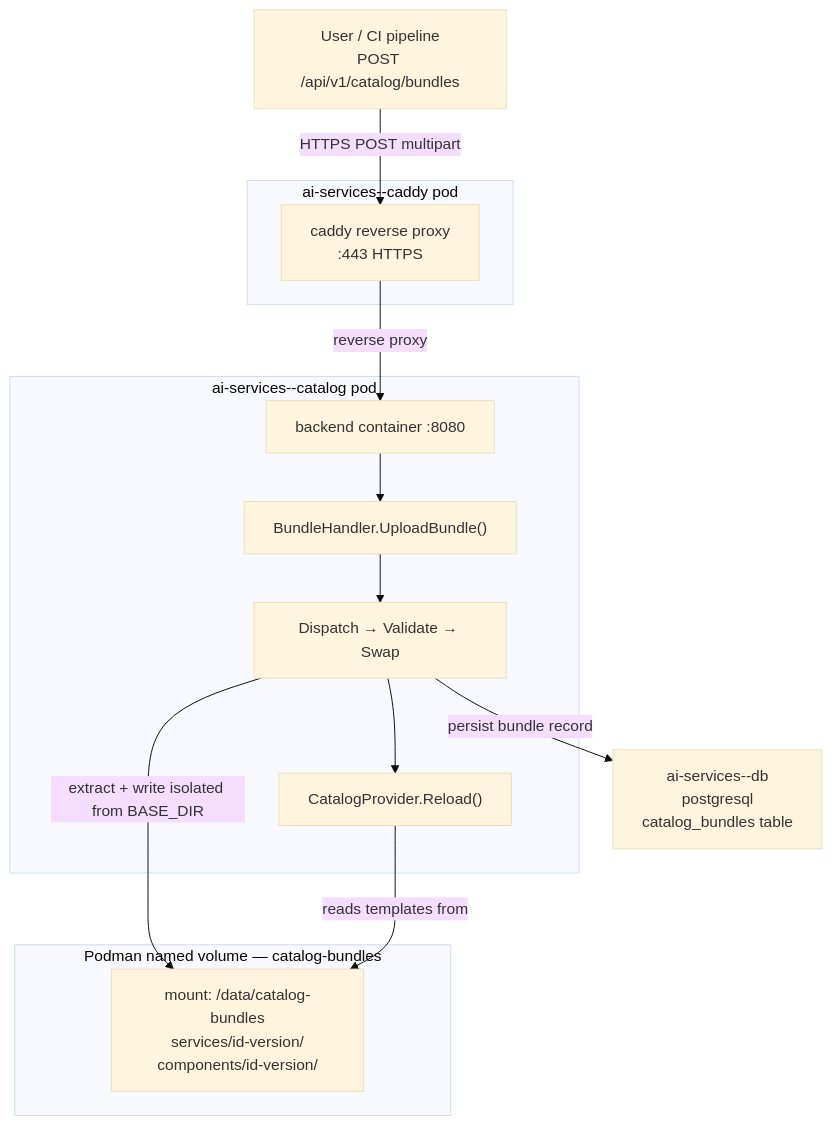
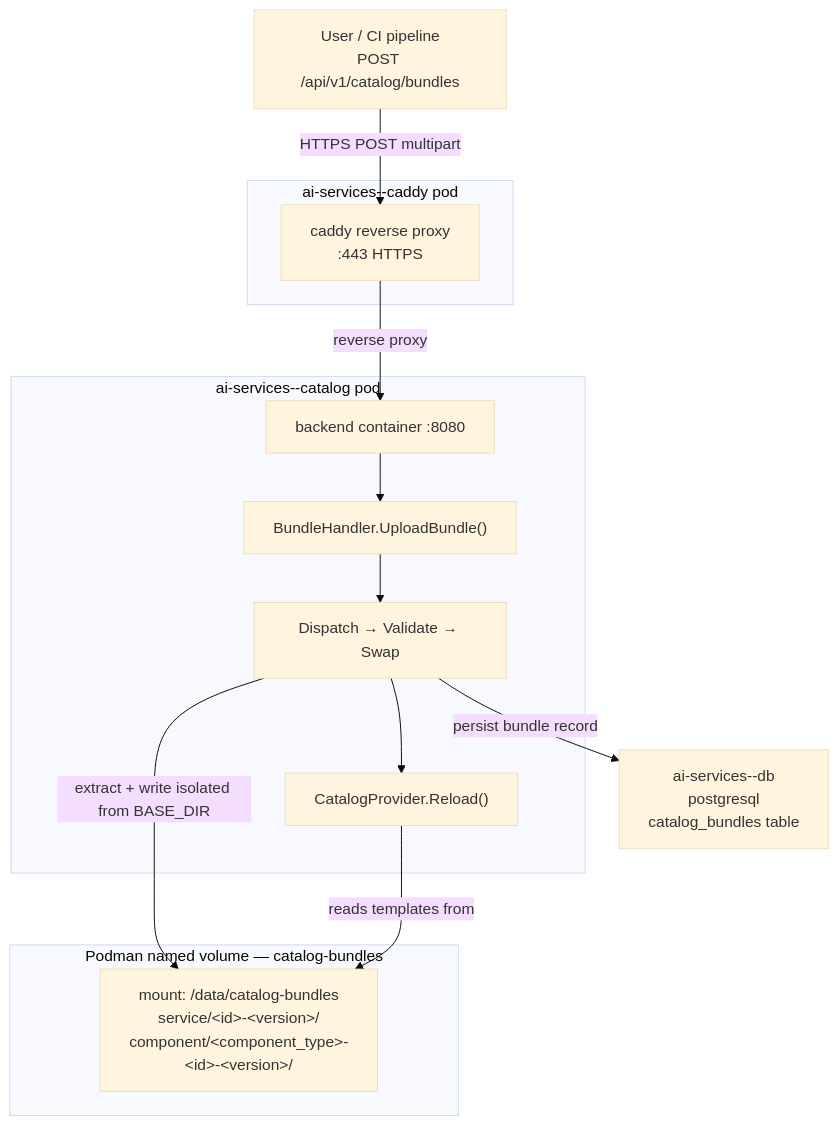
One commit to mayuka-c/project-ai-services changed the fourth of 5 diagrams in ai-services/proposal.md. Above: the diagram before and after it, drawn with Mermaid (base theme). The commit also changed other lines of this file and 8 other files, not shown here.

````diff
--- a/ai-services/proposal.md
+++ b/ai-services/proposal.md
@@ -747,29 +866,29 @@
 ```mermaid
 flowchart TD
     USER["User / CI pipeline<br/>POST /api/v1/catalog/bundles"]
 
     subgraph CADDY_POD["ai-services--caddy pod"]
         PROXY["caddy reverse proxy<br/>:443 HTTPS"]
     end
 
     subgraph CAT_POD["ai-services--catalog pod"]
         BE["backend container :8080"]
         HANDLER["BundleHandler.UploadBundle()"]
         PIPELINE["Dispatch → Validate → Swap"]
         CP["CatalogProvider.Reload()"]
     end
 
     subgraph VOL["Podman named volume — catalog-bundles"]
-        BUNDLES["mount: /data/catalog-bundles<br/>services/id-version/<br/>components/id-version/"]
+        BUNDLES["mount: /data/catalog-bundles<br/>service/&lt;id&gt;-&lt;version&gt;/<br/>component/&lt;component_type&gt;-&lt;id&gt;-&lt;version&gt;/"]
     end
 
     PG["ai-services--db<br/>postgresql<br/>catalog_bundles table"]
 
     USER -- "HTTPS POST multipart" --> PROXY
     PROXY -- "reverse proxy" --> BE
     BE --> HANDLER --> PIPELINE
     PIPELINE -- "extract + write isolated from BASE_DIR" --> BUNDLES
     PIPELINE --> CP
     PIPELINE -- "persist bundle record" --> PG
     CP -- "reads templates from" --> BUNDLES
 ```
````
